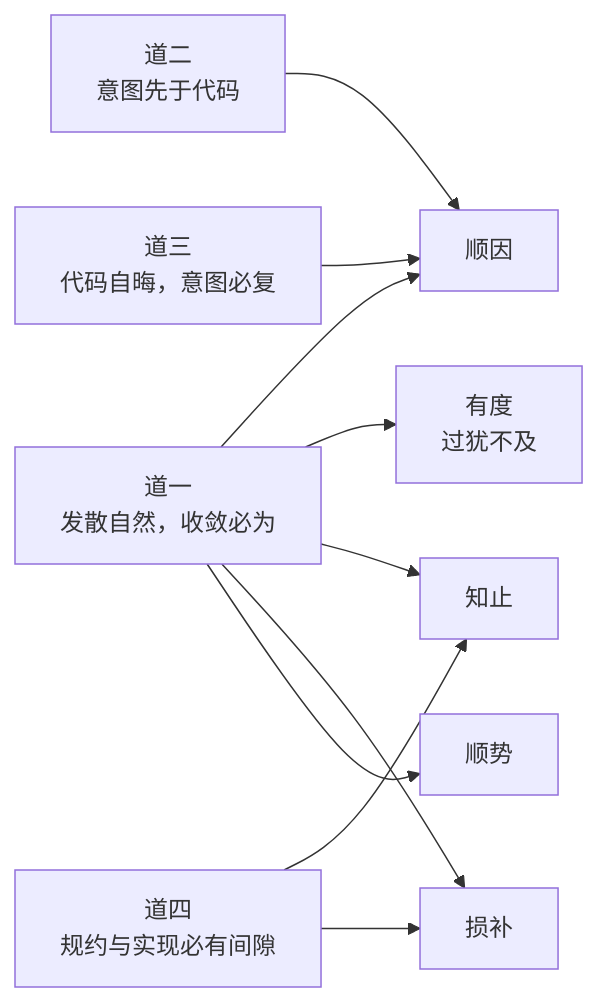
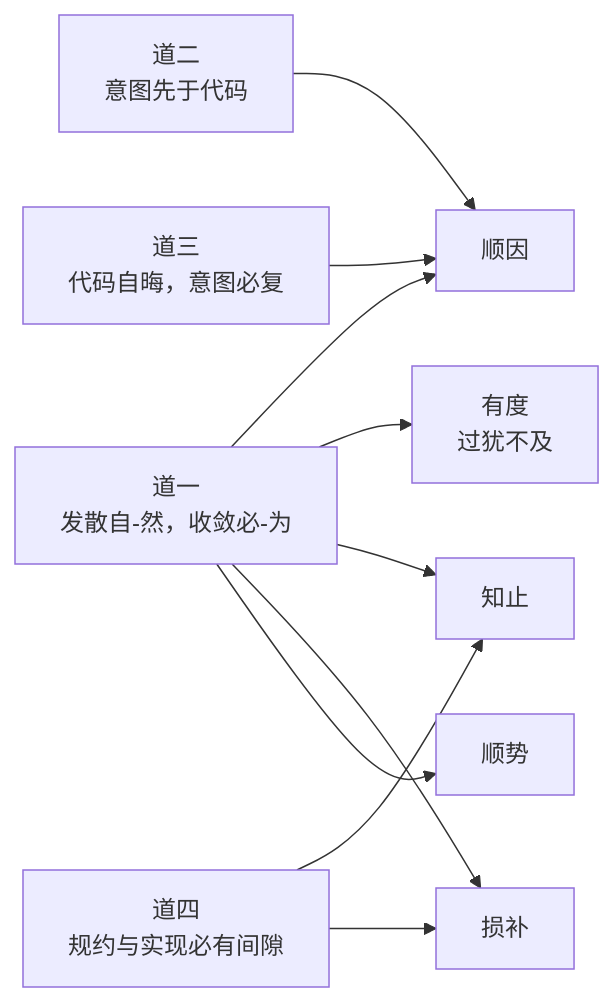
The fifth of 5 diagrams in docs/specs/philosophy/On-SiHankor.sih.md (sgmov/sihankor), drawn with Mermaid before and after one commit. The commit also changed other lines of this file and 8 other files, not shown here.

````diff
--- a/docs/specs/philosophy/On-SiHankor.sih.md
+++ b/docs/specs/philosophy/On-SiHankor.sih.md
@@ -270,12 +270,12 @@
 ```mermaid
 flowchart LR
-    D1["道一<br/>发散自然，收敛必为"] --> F1["顺因"]
+    D1["道一<br/>发散自-然，收敛必-为"] --> F1["顺因"]
     D1 --> F2["有度<br/>过犹不及"]
     D1 --> F3["知止"]
     D1 --> F4["损补"]
     D1 --> F5["顺势"]
     D2["道二<br/>意图先于代码"] --> F1
     D3["道三<br/>代码自晦，意图必复"] --> F1
     D4["道四<br/>规约与实现必有间隙"] --> F3
     D4 --> F4
 ```
````
